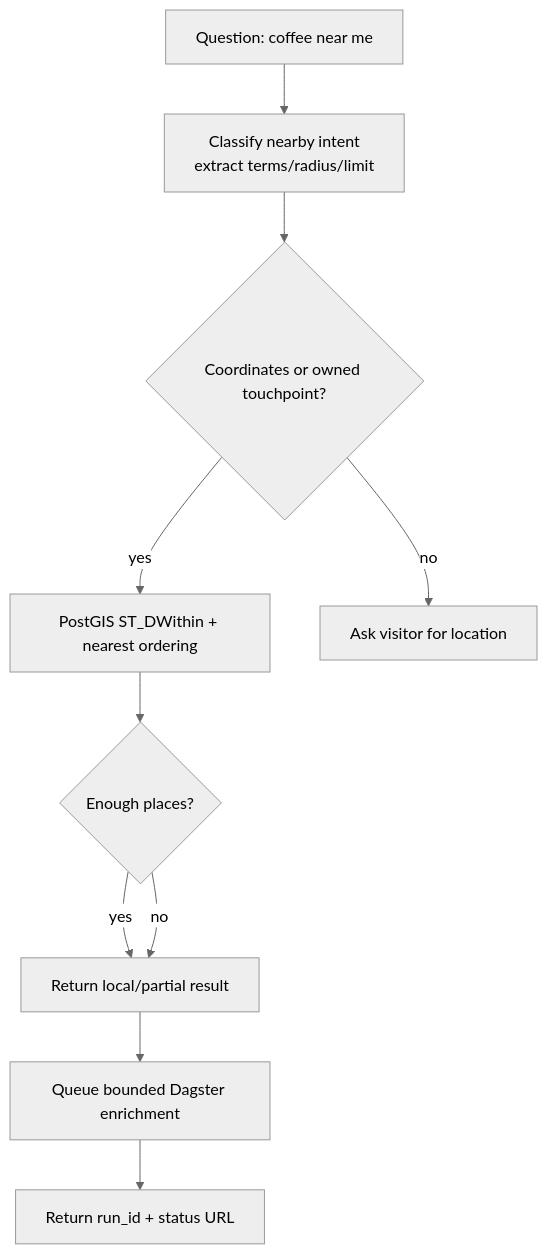
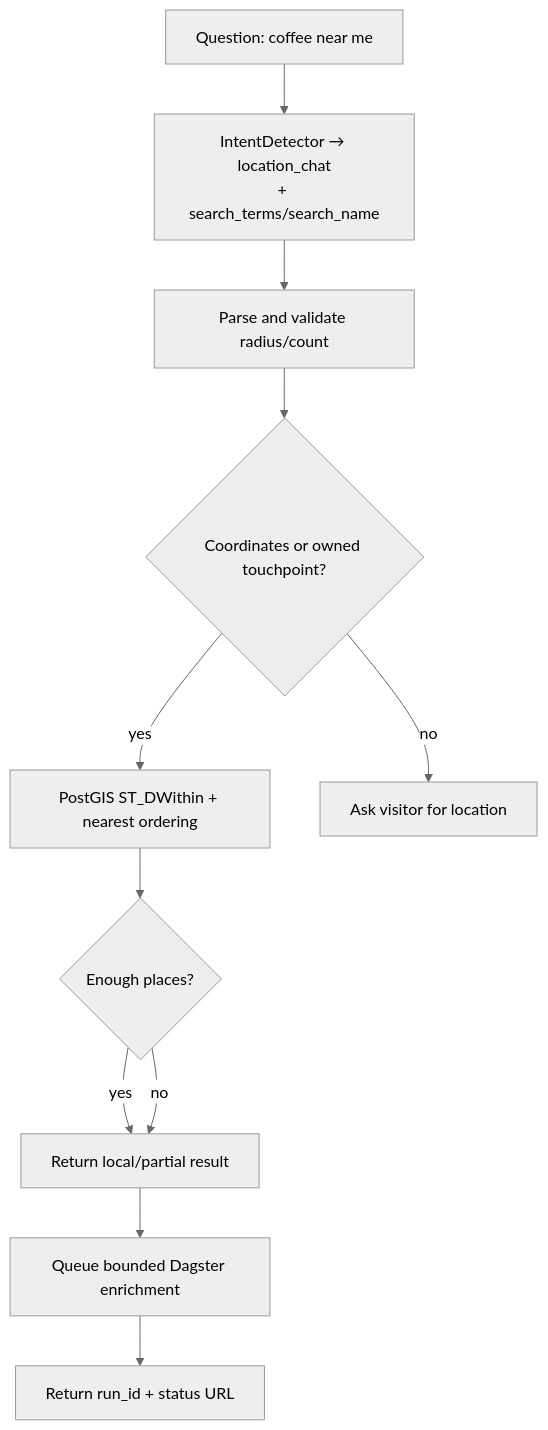
One commit to trieu/leo-bot changed the fourth of 11 diagrams in docs/leo-bot-architecture-and-agentic-software-development.md. Above: the diagram before and after it, drawn with Mermaid (neutral theme). The commit also changed other lines of this file and 29 other files, not shown here.

````diff
--- a/docs/leo-bot-architecture-and-agentic-software-development.md
+++ b/docs/leo-bot-architecture-and-agentic-software-development.md
@@ -175,17 +206,18 @@
 ```mermaid
 flowchart TD
     Q["Question: coffee near me"]
-    Classify["Classify nearby intent\nextract terms/radius/limit"]
+    Intent["IntentDetector → location_chat\n+ search_terms/search_name"]
+    Params["Parse and validate radius/count"]
     Location{"Coordinates or owned touchpoint?"}
     Search["PostGIS ST_DWithin + nearest ordering"]
     Enough{"Enough places?"}
     Partial["Return local/partial result"]
     Queue["Queue bounded Dagster enrichment"]
     Status["Return run_id + status URL"]
 
-    Q --> Classify --> Location
+    Q --> Intent --> Params --> Location
     Location -- no --> AskLocation["Ask visitor for location"]
     Location -- yes --> Search --> Enough
     Enough -- yes --> Partial
     Enough -- no --> Partial --> Queue --> Status
 ```
````
